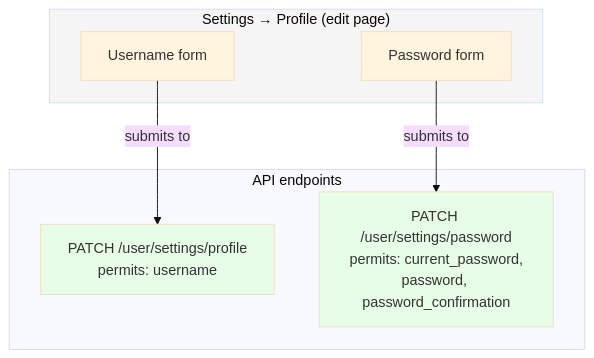
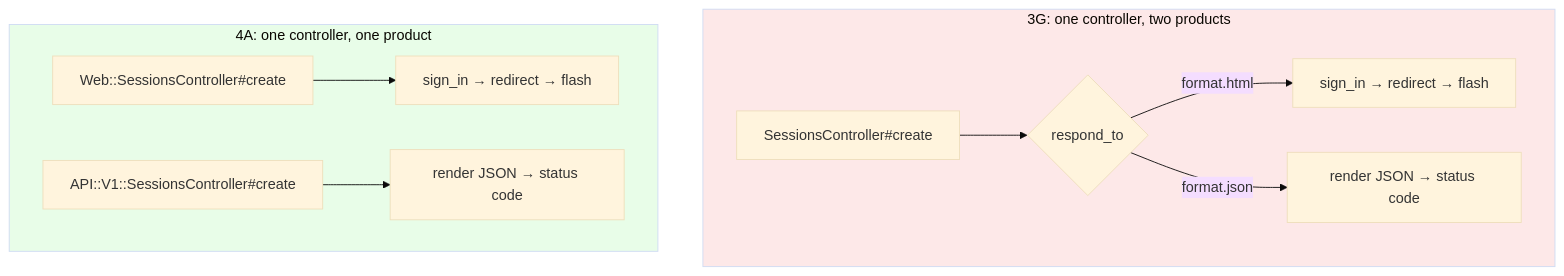
Before and after one commit to railswhey/app: the first of 2 diagrams in README.md, drawn with Mermaid (base theme). The commit also changed other lines of this file and 158 other files, not shown here.

First line of the commit message:
4A: Separating web and API entry points

````diff
--- a/README.md
+++ b/README.md
@@ -138,19 +96,16 @@
 ```mermaid
 flowchart TD
-  subgraph Page["Settings → Profile (edit page)"]
-    UF["Username form"]
-    PF["Password form"]
+  subgraph Before["3G: one controller, two products"]
+    REQ["SessionsController#create"] --> RT{"respond_to"}
+    RT -->|"format.html"| WEB["sign_in → redirect → flash"]
+    RT -->|"format.json"| API["render JSON → status code"]
   end
 
-  subgraph API["API endpoints"]
-    EP1["PATCH /user/settings/profile<br/>permits: username"]
-    EP2["PATCH /user/settings/password<br/>permits: current_password,<br/>password, password_confirmation"]
+  subgraph After["4A: one controller, one product"]
+    WREQ["Web::SessionsController#create"] --> WACT["sign_in → redirect → flash"]
+    AREQ["API::V1::SessionsController#create"] --> AACT["render JSON → status code"]
   end
 
-  UF -->|"submits to"| EP1
-  PF -->|"submits to"| EP2
-
-  style Page fill:#f5f5f5
-  style EP1 fill:#e8fde8
-  style EP2 fill:#e8fde8
+  style Before fill:#fde8e8
+  style After fill:#e8fde8
 ```
````
